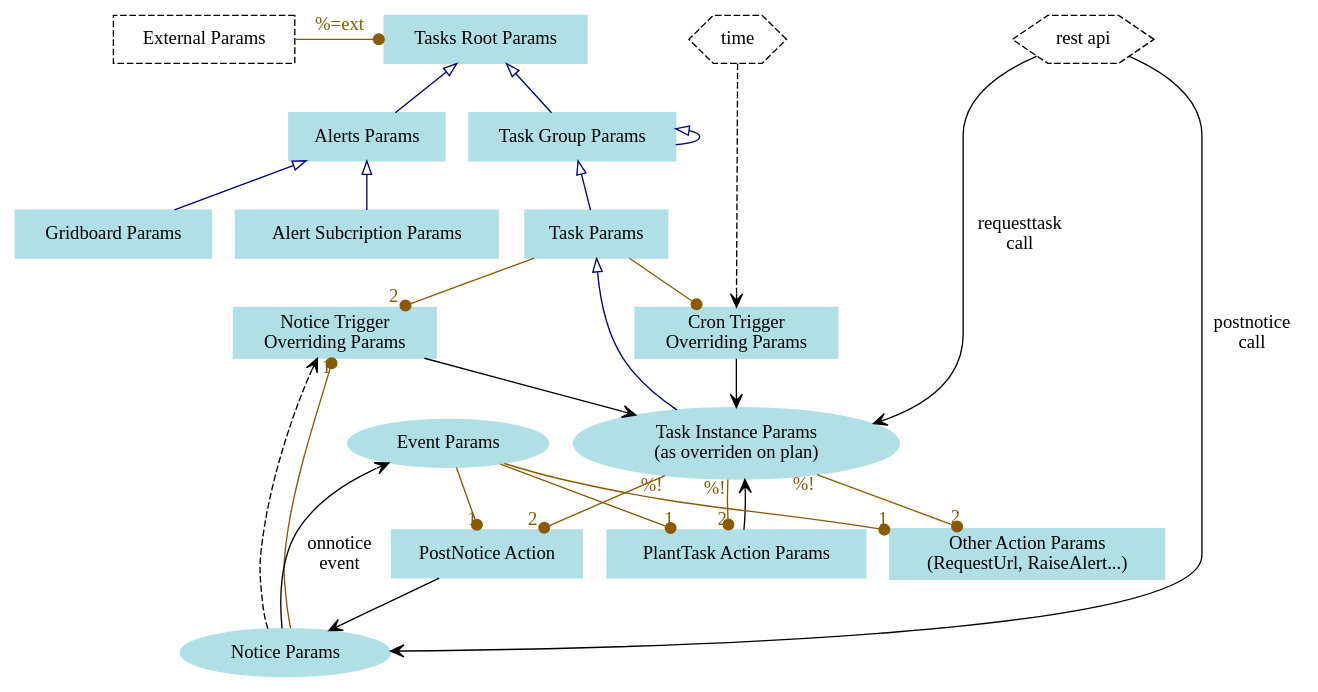
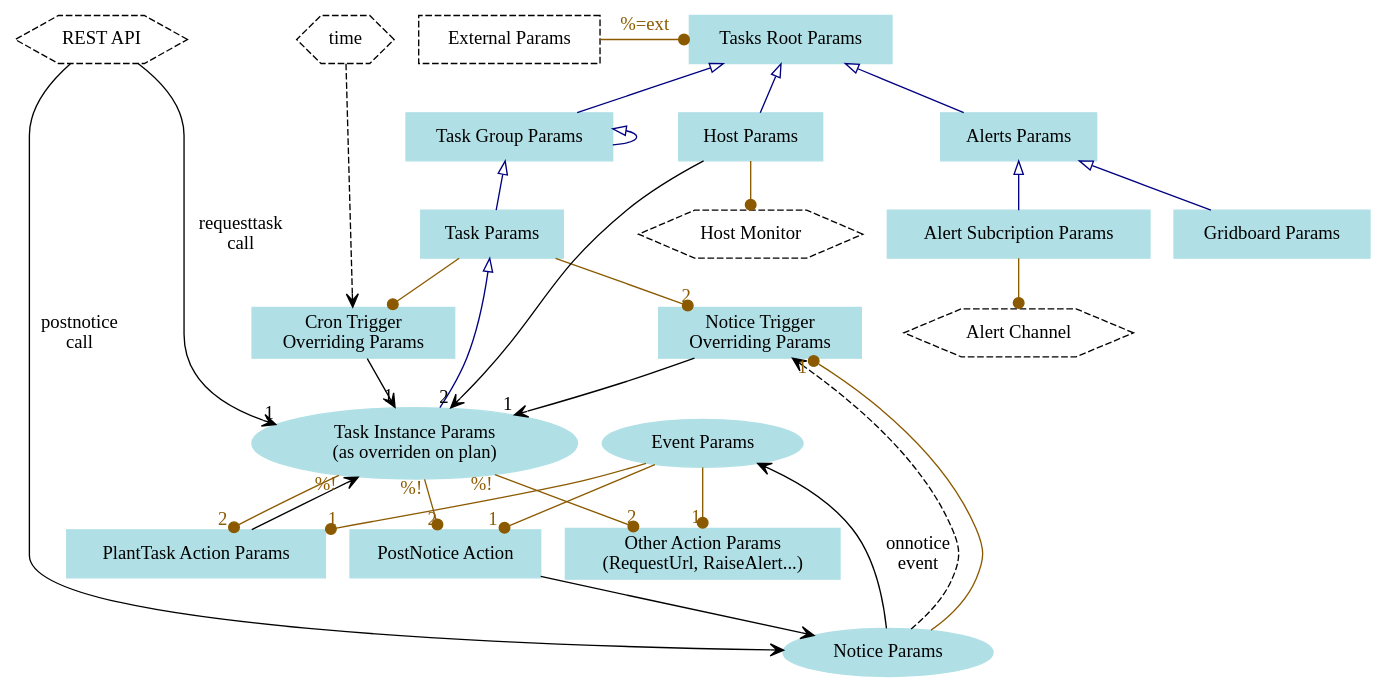
One commit to g76r/libqron changed the diagram in doc/paramset_hierarchy.dot. Above: the diagram before and after it, drawn with Graphviz. The commit also changed 4 other files, not shown here.

First line of the commit message:
introduced host params

```diff
--- a/doc/paramset_hierarchy.dot
+++ b/doc/paramset_hierarchy.dot
@@ -1,72 +1,78 @@
 graph g {
 
 // configuration objects carrying params
 node [shape=box,style=filled,color=powderblue]
 global [label="Tasks Root Params"]
 external [label="External Params",style=dashed,color=""]
 { rank=min; global; external; } // sticked at the top
 taskgroup [label="Task Group Params"]
 task [label="Task Params"]
+host [label="Host Params"]
 noticetrigger [label="Notice Trigger\nOverriding Params"]
 crontrigger [label="Cron Trigger\nOverriding Params"]
 plantaskaction [label="PlantTask Action Params"]
 postnoticeaction [label="PostNotice Action"]
 otheraction [label="Other Action Params\n(RequestUrl, RaiseAlert...)"]
 alerts [label="Alerts Params"]
 //webconsole [label="Web Console Params"]
 alertsub [label="Alert Subcription Params"]
 gridboard [label="Gridboard Params"]
 
 // runtime objects carrying params
 node [shape=ellipse]
 taskinstance [label="Task Instance Params\n(as overriden on plan)"]
 event [label="Event Params"]
 notice [label="Notice Params"]
 { rank=same; event; taskinstance } // hint to avoid layouts with notice above event
 
 // actors
 node [shape=hexagon,style=dashed,color=""]
 restapi [label="REST API"]
 time [label="time"]
 { rank=min; restapi; time; } // sticked at the top
+hostmonitor [label="Host Monitor"]
+alertchan [label="Alert Channel"]
 
 // ParamSet inheritage (mostly in configuration)
 edge [dir=back,arrowtail=onormal,color=navy,fontcolor=navy]
 global -- taskgroup -- taskgroup -- task
+global -- host
 task -- taskinstance
 global -- alerts -- alertsub
 alerts -- gridboard
 //global -- webconsole
 
 // parameter injection at runtime
 edge [dir=forward,arrowhead=vee,color=black,fontcolor=black]
-crontrigger -- taskinstance
-noticetrigger -- taskinstance
+host -- taskinstance [headlabel=2]
+crontrigger -- taskinstance [headlabel=1]
+noticetrigger -- taskinstance [headlabel=1]
 notice -- event [label="onnotice\nevent"]
-restapi [label="rest api"]
 restapi -- notice [label="postnotice\ncall"]
 plantaskaction -- taskinstance
 postnoticeaction -- notice
-restapi -- taskinstance [label="requesttask\ncall"]
+restapi -- taskinstance [label="requesttask\ncall",headlabel=1]
 
 // triggering w/o params
 time -- crontrigger [style=dashed]
 notice -- noticetrigger [style=dashed]
 
 // context for parameters evaluation
 edge [dir=forward,arrowhead=dot,color=orange4,fontcolor=orange4]
 notice -- noticetrigger [headlabel=1]
 task -- noticetrigger [headlabel=2]
 task -- crontrigger
 // note: taskinstance -- xxxaction edges make only sense when the event occurs
 //       within a task
 // note: taskinstance -- xxxaction edges only give visibility taskinstance %!
 //        params, not taskinstance's params being them overriden or not
 event -- plantaskaction [headlabel=1]
 taskinstance -- plantaskaction [taillabel="%!",headlabel=2]
 event -- postnoticeaction [headlabel=1]
 taskinstance -- postnoticeaction [taillabel="%!",headlabel=2]
 event -- otheraction [headlabel=1]
 taskinstance -- otheraction [taillabel="%!",headlabel=2]
 external -- global [label="%=ext"]
+host -- hostmonitor
+alertsub -- alertchan
 }
```
